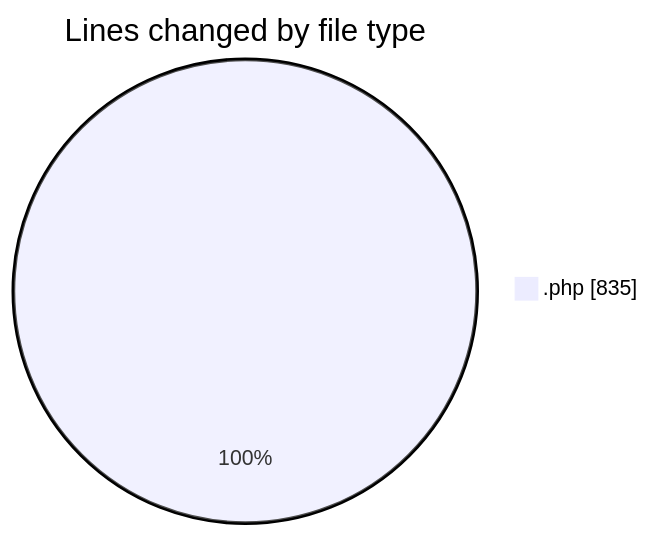
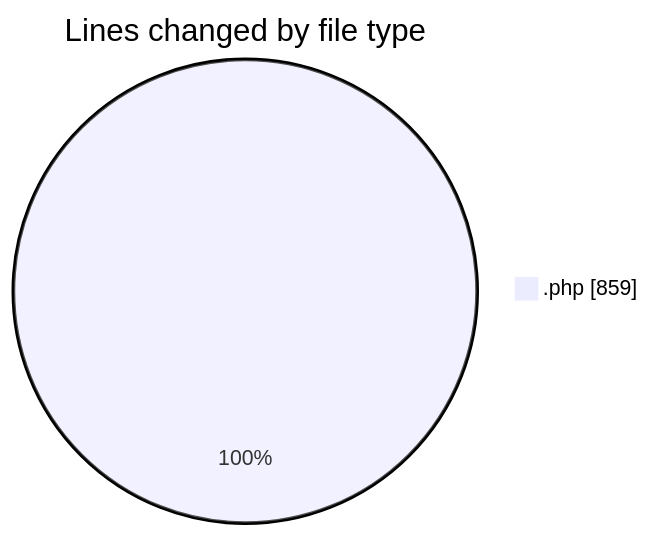
One commit to idhammustaqopulfikri/code-tracking changed the first of 2 diagrams in 2025-06-23/studio-backend/README.md. Above: the diagram before and after it, drawn with Mermaid. The commit also changed other lines of this file and 1 other file, not shown here.

````diff
--- a/2025-06-23/studio-backend/README.md
+++ b/2025-06-23/studio-backend/README.md
@@ -21,5 +21,5 @@
 ```mermaid
 pie showData
 title Lines changed by file type
-".php" : 835
+".php" : 859
 ```
````
